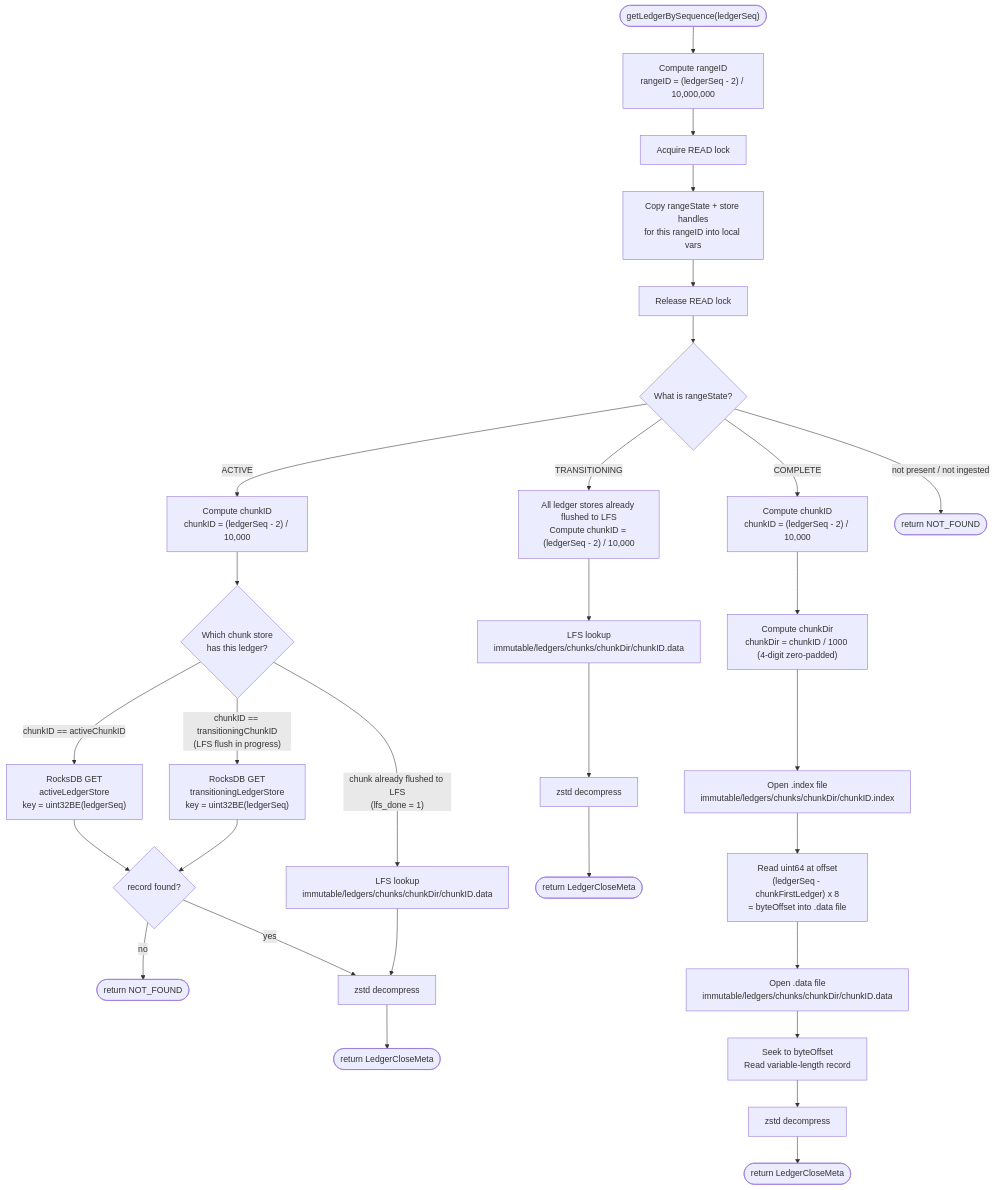
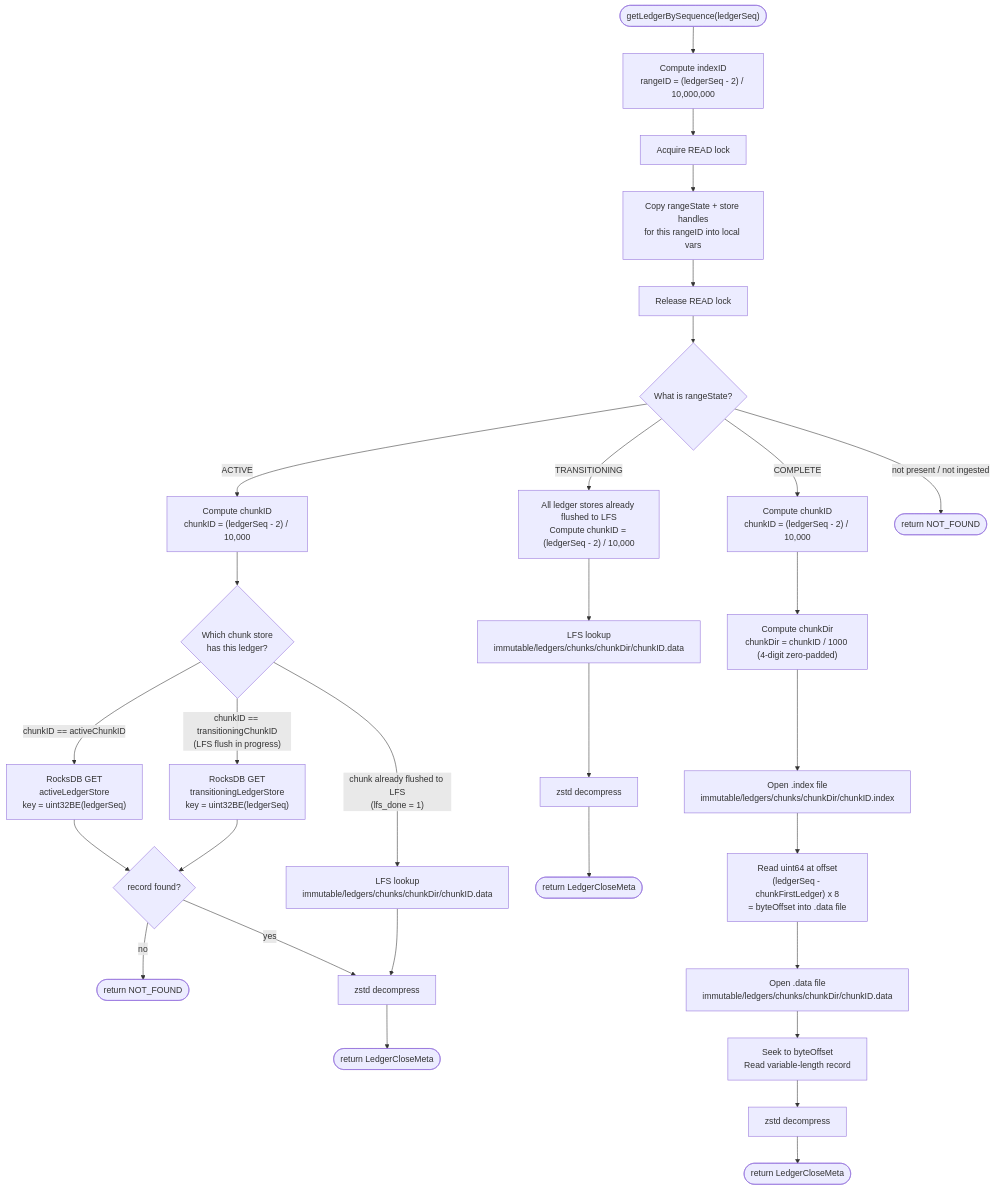
The third of 7 diagrams in full-history/design-docs/08-query-routing.md (stellar/stellar-rpc), drawn with Mermaid before and after one commit. The commit also changed other lines of this file, not shown here.

````diff
--- a/full-history/design-docs/08-query-routing.md
+++ b/full-history/design-docs/08-query-routing.md
@@ -513,37 +504,37 @@
 ```mermaid
 flowchart TD
     IN(["getLedgerBySequence(ledgerSeq)"])
-    IN --> RANGE["Compute rangeID<br/>rangeID = (ledgerSeq - 2) / 10,000,000"]
+    IN --> RANGE["Compute indexID<br/>rangeID = (ledgerSeq - 2) / 10,000,000"]
     RANGE --> RLOCK["Acquire READ lock"]
     RLOCK --> SNAP["Copy rangeState + store handles<br/>for this rangeID into local vars"]
     SNAP --> RUNLOCK["Release READ lock"]
     RUNLOCK --> SW{"What is rangeState?"}
 
     SW -->|"ACTIVE"| ACHK["Compute chunkID<br/>chunkID = (ledgerSeq - 2) / 10,000"]
     ACHK --> AWHICH{"Which chunk store<br/>has this ledger?"}
     AWHICH -->|"chunkID == activeChunkID"| ARDB["RocksDB GET<br/>activeLedgerStore<br/>key = uint32BE(ledgerSeq)"]
     AWHICH -->|"chunkID == transitioningChunkID<br/>(LFS flush in progress)"| TRDB["RocksDB GET<br/>transitioningLedgerStore<br/>key = uint32BE(ledgerSeq)"]
     AWHICH -->|"chunk already flushed to LFS<br/>(lfs_done = 1)"| ALFS["LFS lookup<br/>immutable/ledgers/chunks/chunkDir/chunkID.data"]
     ARDB --> FOUND1{"record found?"}
     TRDB --> FOUND1
     FOUND1 -->|no| NF1(["return NOT_FOUND"])
     FOUND1 -->|yes| DEC1["zstd decompress"]
     DEC1 --> RET1(["return LedgerCloseMeta"])
     ALFS --> DEC1
 
     SW -->|"TRANSITIONING"| TLFS["All ledger stores already flushed to LFS<br/>Compute chunkID = (ledgerSeq - 2) / 10,000"]
     TLFS --> CID2["LFS lookup<br/>immutable/ledgers/chunks/chunkDir/chunkID.data"]
     CID2 --> DEC2["zstd decompress"]
     DEC2 --> RET2(["return LedgerCloseMeta"])
 
     SW -->|"COMPLETE"| CID["Compute chunkID<br/>chunkID = (ledgerSeq - 2) / 10,000"]
     CID --> CDIR["Compute chunkDir<br/>chunkDir = chunkID / 1000 (4-digit zero-padded)"]
     CDIR --> IDX["Open .index file<br/>immutable/ledgers/chunks/chunkDir/chunkID.index"]
     IDX --> OFF["Read uint64 at offset<br/>(ledgerSeq - chunkFirstLedger) x 8<br/>= byteOffset into .data file"]
     OFF --> DAT["Open .data file<br/>immutable/ledgers/chunks/chunkDir/chunkID.data"]
     DAT --> SEEK["Seek to byteOffset<br/>Read variable-length record"]
     SEEK --> DEC3["zstd decompress"]
     DEC3 --> RET3(["return LedgerCloseMeta"])
 
     SW -->|"not present / not ingested"| NF2(["return NOT_FOUND"])
 ```
````
